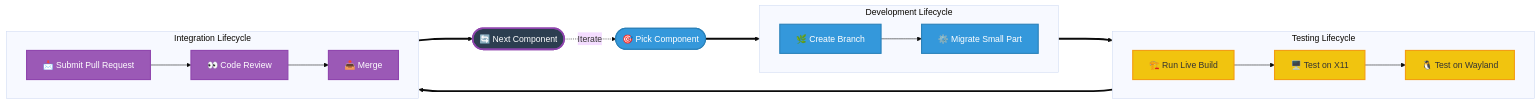
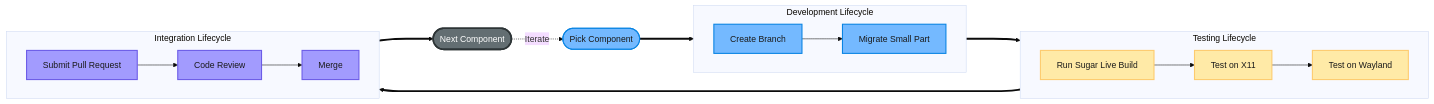
The eighth of 9 diagrams in proposal.md (Dev10-sys/sugar-proposal-gtk), drawn with Mermaid (base theme) before and after one commit. The commit also changed other lines of this file, not shown here.

Commit message:
Polish all diagrams: remove emojis, dark text, professional styling

````diff
--- a/proposal.md
+++ b/proposal.md
@@ -529,50 +542,50 @@
 ```mermaid
 flowchart LR
     %% Start
-    A(["🎯 Pick Component"])
+    A(["Pick Component"])
 
     %% Execution Loop
     subgraph Execution ["Development Lifecycle"]
         direction LR
-        B["🌿 Create Branch"]
-        C["⚙️ Migrate Small Part"]
+        B["Create Branch"]
+        C["Migrate Small Part"]
         B --> C
     end
 
     subgraph Verification ["Testing Lifecycle"]
         direction LR
-        D["🏗️ Run Live Build"]
-        E["🖥️ Test on X11"]
-        F["🐧 Test on Wayland"]
+        D["Run Sugar Live Build"]
+        E["Test on X11"]
+        F["Test on Wayland"]
         D --> E --> F
     end
 
     subgraph Review ["Integration Lifecycle"]
         direction LR
-        G["📩 Submit Pull Request"]
-        H["👀 Code Review"]
-        I["📥 Merge"]
+        G["Submit Pull Request"]
+        H["Code Review"]
+        I["Merge"]
         G --> H --> I
     end
 
     %% Loop Back
-    J(["🔄 Next Component"])
+    J(["Next Component"])
 
     %% Connections
     A ===> Execution
     Execution ===> Verification
     Verification ===> Review
     Review ===> J
     J -.->|Iterate| A
 
     %% Styling
-    classDef coreNode fill:#3498db,stroke:#2980b9,stroke-width:2px,color:#fff;
-    classDef testNode fill:#f1c40f,stroke:#f39c12,stroke-width:2px;
-    classDef reviewNode fill:#9b59b6,stroke:#8e44ad,stroke-width:2px,color:#fff;
-    classDef endNode fill:#2c3e50,stroke:#8e44ad,stroke-width:3px,color:#fff;
+    classDef coreNode fill:#74b9ff,stroke:#0984e3,stroke-width:2px,color:#1a1a1a;
+    classDef testNode fill:#ffeaa7,stroke:#fdcb6e,stroke-width:2px,color:#1a1a1a;
+    classDef reviewNode fill:#a29bfe,stroke:#6c5ce7,stroke-width:2px,color:#1a1a1a;
+    classDef endNode fill:#636e72,stroke:#2d3436,stroke-width:3px,color:#fff;
 
     class A,B,C coreNode;
     class D,E,F testNode;
     class G,H,I reviewNode;
     class J endNode;
 ```
````
